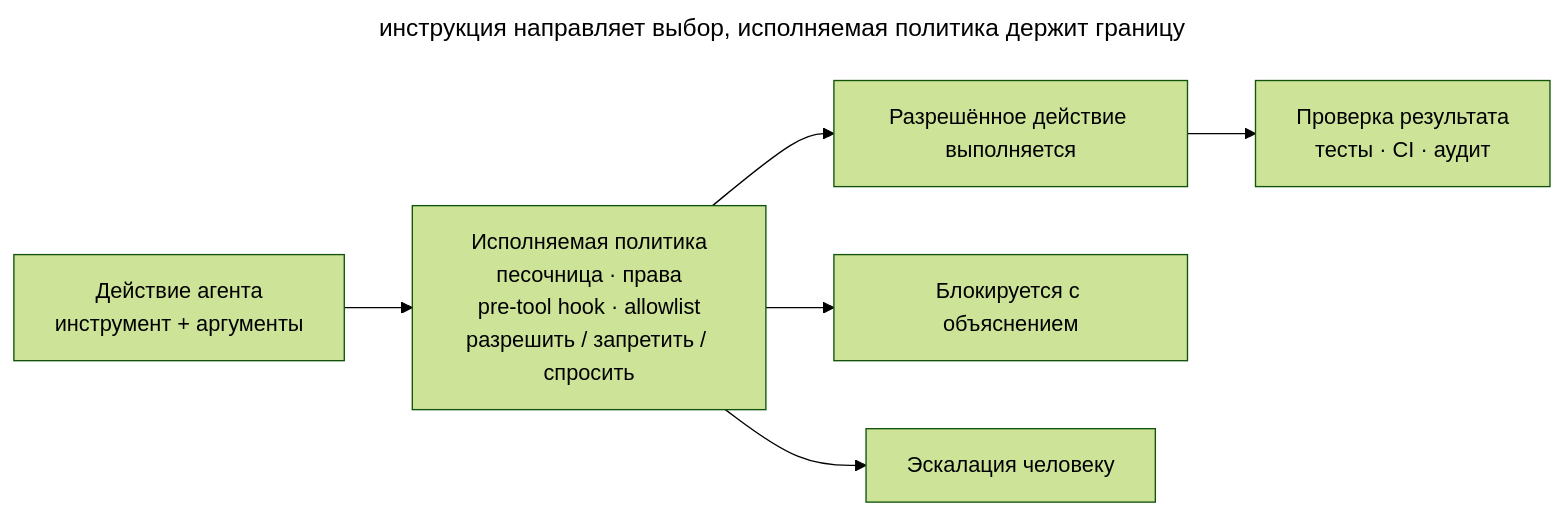
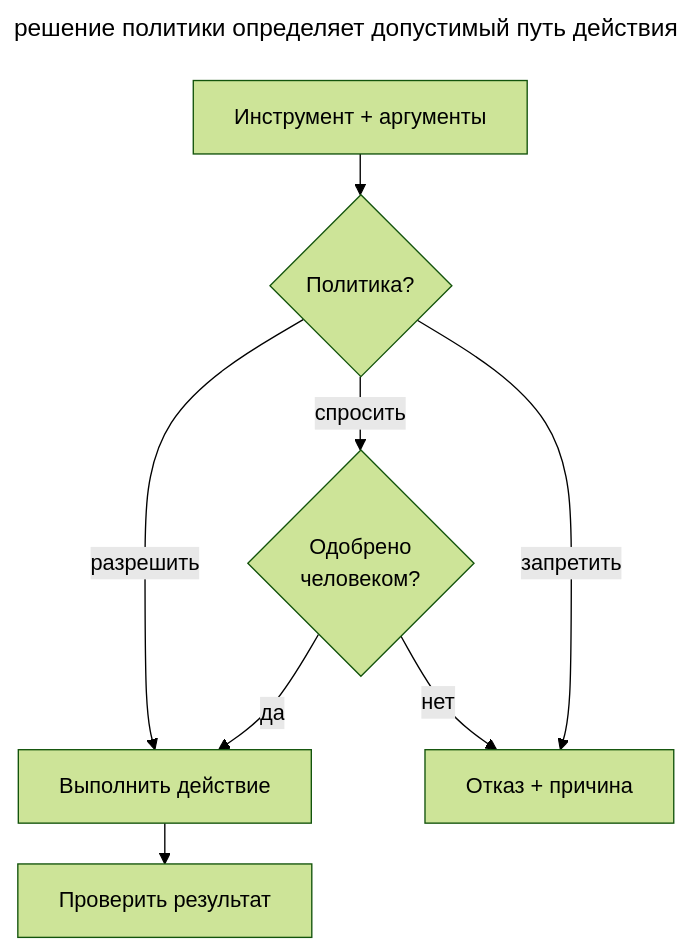
Before and after one commit to Rastavelli/agentic-coding-design-patterns: the diagram in book/ru/executable-guardrails.md, drawn with Mermaid (forest theme). The commit also changed other lines of this file and 9 other files, not shown here.

Commit message:
docs: clarify Mermaid diagrams and remove obsolete Claude alias

````diff
--- a/book/ru/executable-guardrails.md
+++ b/book/ru/executable-guardrails.md
@@ -42,17 +42,16 @@
 ```mermaid
 ---
-title: инструкция направляет выбор, исполняемая политика держит границу
+title: решение политики определяет допустимый путь действия
+config:
+  flowchart:
+    rankSpacing: 30
 ---
-flowchart LR
-  action["Действие агента<br/>инструмент + аргументы"]
-  policy["Исполняемая политика<br/>песочница · права<br/>pre-tool hook · allowlist<br/>разрешить / запретить / спросить"]:::accent
-  run["Разрешённое действие выполняется"]
-  block["Блокируется с объяснением"]:::warn
-  ask["Эскалация человеку"]:::accent
-  gate["Проверка результата<br/>тесты · CI · аудит"]
-  action --> policy
-  policy --> run
-  policy --> block
-  policy --> ask
-  run --> gate
+flowchart TB
+  action["Инструмент + аргументы"] --> policy{"Политика?"}:::accent
+  policy -- "разрешить" --> run["Выполнить действие"]
+  policy -- "спросить" --> human{"Одобрено<br/>человеком?"}
+  policy -- "запретить" --> block["Отказ + причина"]:::warn
+  human -- "да" --> run
+  human -- "нет" --> block
+  run --> check["Проверить результат"]:::accent
 ```
````
